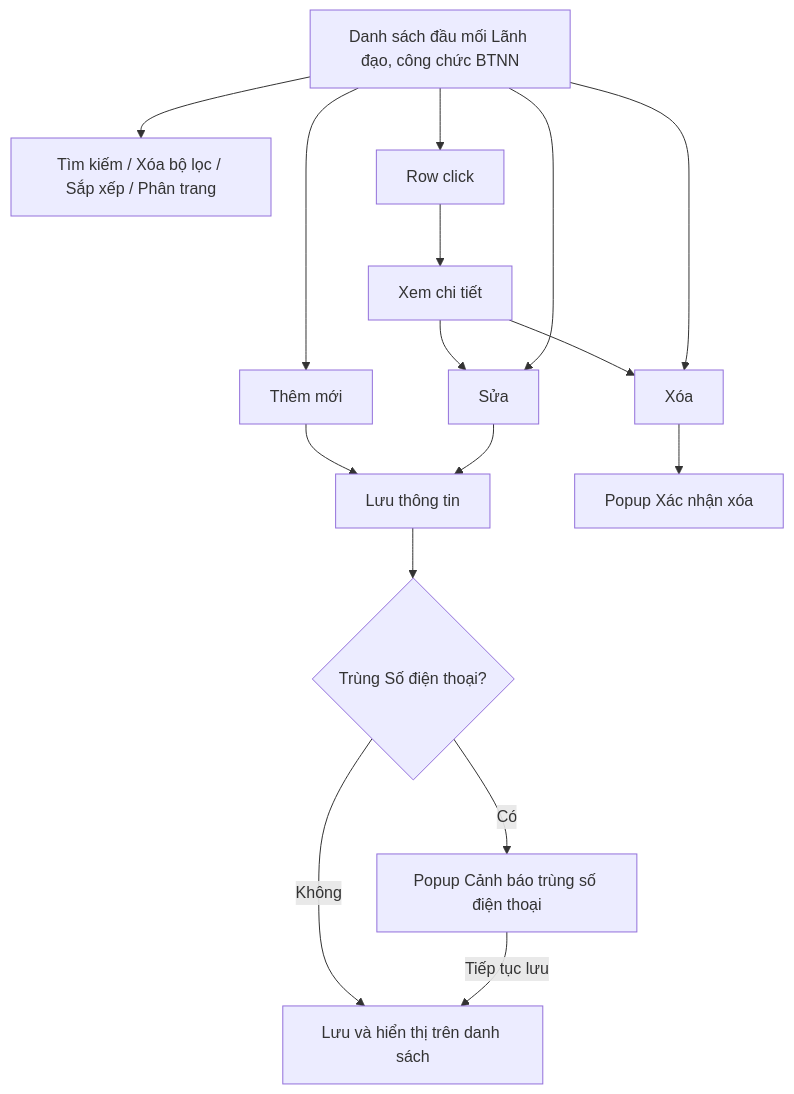
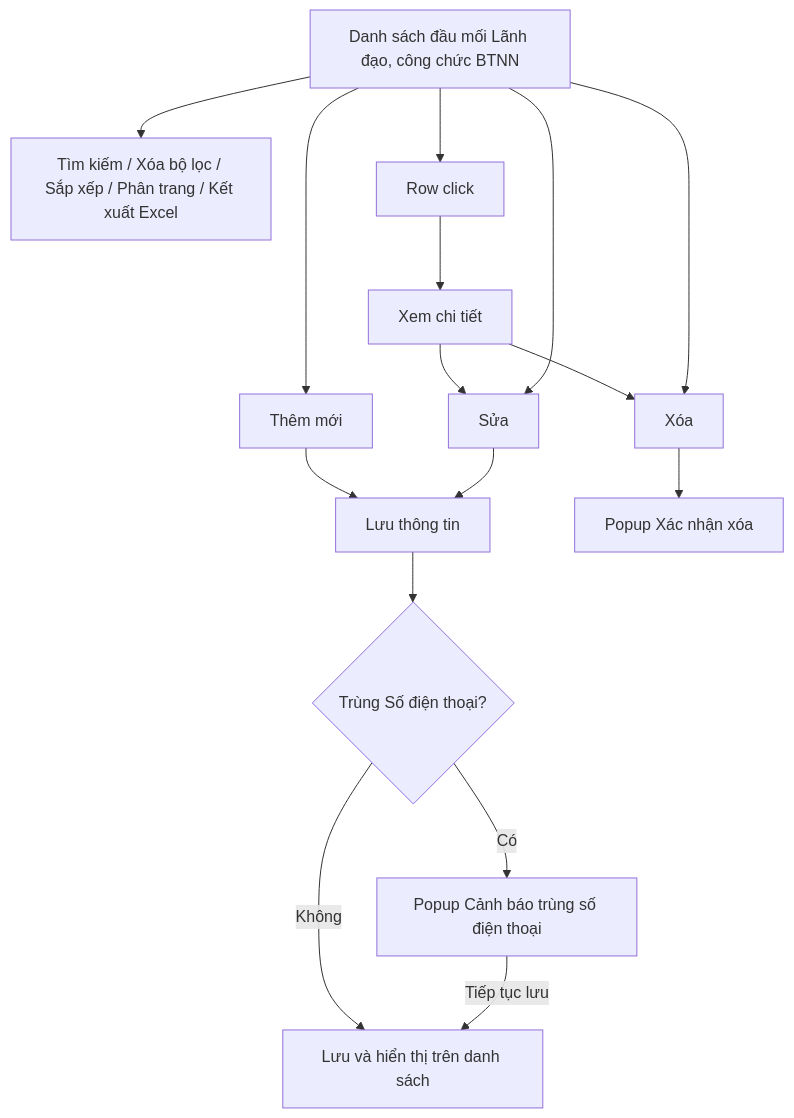
Before and after one commit to huyendt2007/BPBD_UI: the diagram in Tai_lieu_SRS/03_Website_Quan_tri/03_Cong_tac_boi_thuong/SRS_BTNN_BTP_DauMoi_CanBo.md, drawn with Mermaid. The commit also changed other lines of this file and 155 other files, not shown here.

First line of the commit message:
feat(btnn): Kết xuất Excel 16 module, Tài liệu đính kèm, Bị trả lại, E-Form DVC

````diff
--- a/Tai_lieu_SRS/03_Website_Quan_tri/03_Cong_tac_boi_thuong/SRS_BTNN_BTP_DauMoi_CanBo.md
+++ b/Tai_lieu_SRS/03_Website_Quan_tri/03_Cong_tac_boi_thuong/SRS_BTNN_BTP_DauMoi_CanBo.md
@@ -29,14 +29,14 @@
 ```mermaid
 flowchart TD
-    A[Danh sách đầu mối Lãnh đạo, công chức BTNN] --> B[Tìm kiếm / Xóa bộ lọc / Sắp xếp / Phân trang]
+    A[Danh sách đầu mối Lãnh đạo, công chức BTNN] --> B[Tìm kiếm / Xóa bộ lọc / Sắp xếp / Phân trang / Kết xuất Excel]
     A --> G[Row click] --> K[Xem chi tiết]
     K --> E
     K --> F
     A --> C[Thêm mới] --> D[Lưu thông tin]
     A --> E[Sửa] --> D
     D --> W{Trùng Số điện thoại?}
     W -->|Có| P[Popup Cảnh báo trùng số điện thoại]
     W -->|Không| S[Lưu và hiển thị trên danh sách]
     P -->|Tiếp tục lưu| S
     A --> F[Xóa] --> X[Popup Xác nhận xóa]
 ```
````
